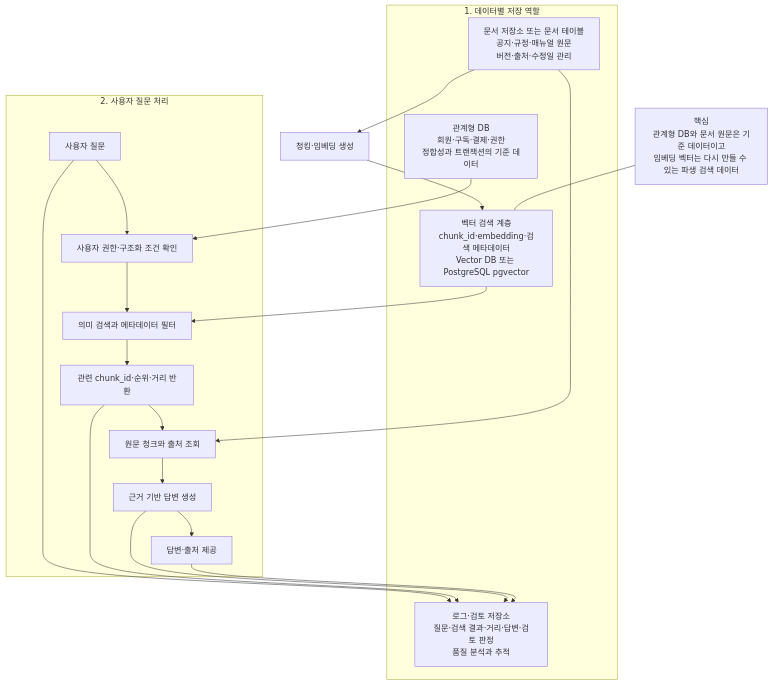
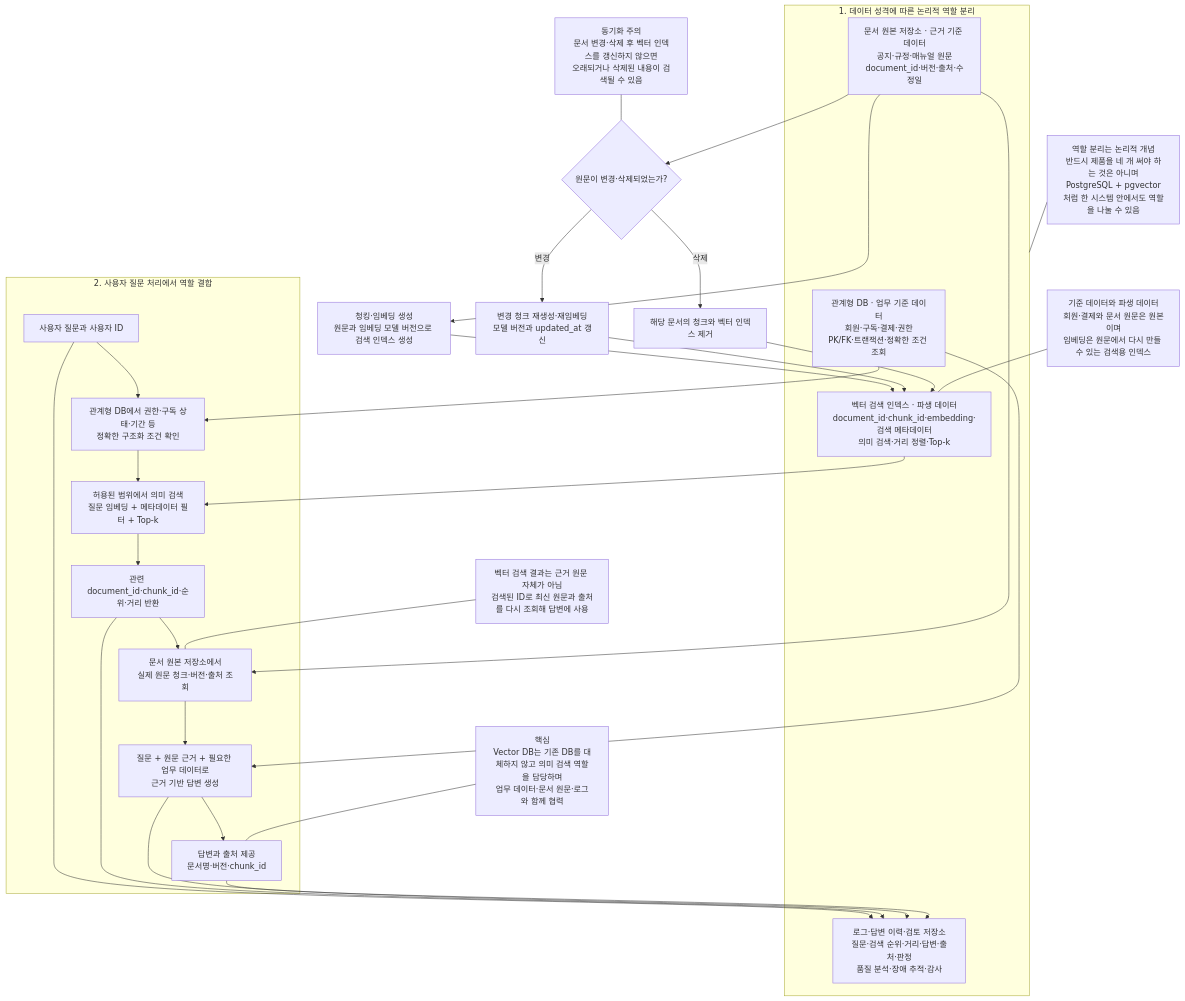
Before and after one commit to GilbertMoon/ai-database-book: the diagram in images/chapter14/ch14_08_db_role_separation.mmd, drawn with Mermaid.

Commit message:
docs(ch14): refine database role separation source

```diff
--- a/images/chapter14/ch14_08_db_role_separation.mmd
+++ b/images/chapter14/ch14_08_db_role_separation.mmd
@@ -1,29 +1,39 @@
 flowchart TB
-    subgraph ROLE[1. 데이터별 저장 역할]
-        R[관계형 DB<br/>회원·구독·결제·권한<br/>정합성과 트랜잭션의 기준 데이터]
-        O[문서 저장소 또는 문서 테이블<br/>공지·규정·매뉴얼 원문<br/>버전·출처·수정일 관리]
-        V[벡터 검색 계층<br/>chunk_id·embedding·검색 메타데이터<br/>Vector DB 또는 PostgreSQL pgvector]
-        L[로그·검토 저장소<br/>질문·검색 결과·거리·답변·검토 판정<br/>품질 분석과 추적]
+    subgraph ROLE[1. 데이터 성격에 따른 논리적 역할 분리]
+        R[관계형 DB · 업무 기준 데이터<br/>회원·구독·결제·권한<br/>PK/FK·트랜잭션·정확한 조건 조회]
+        O[문서 원본 저장소 · 근거 기준 데이터<br/>공지·규정·매뉴얼 원문<br/>document_id·버전·출처·수정일]
+        V[벡터 검색 인덱스 · 파생 데이터<br/>document_id·chunk_id·embedding·검색 메타데이터<br/>의미 검색·거리 정렬·Top-k]
+        L[로그·답변 이력·검토 저장소<br/>질문·검색 순위·거리·답변·출처·판정<br/>품질 분석·장애 추적·감사]
     end
 
-    O --> P[청킹·임베딩 생성]
+    O --> P[청킹·임베딩 생성<br/>원문과 임베딩 모델 버전으로 검색 인덱스 생성]
     P --> V
+    O --> U{원문이 변경·삭제되었는가?}
+    U -- 변경 --> U1[변경 청크 재생성·재임베딩<br/>모델 버전과 updated_at 갱신]
+    U -- 삭제 --> U2[해당 문서의 청크와 벡터 인덱스 제거]
+    U1 --> V
+    U2 --> V
 
-    subgraph QUERY[2. 사용자 질문 처리]
-        Q[사용자 질문] --> A[사용자 권한·구조화 조건 확인]
+    subgraph QUERY[2. 사용자 질문 처리에서 역할 결합]
+        Q[사용자 질문과 사용자 ID] --> A[관계형 DB에서 권한·구독 상태·기간 등<br/>정확한 구조화 조건 확인]
         R --> A
-        A --> S[의미 검색과 메타데이터 필터]
+        A --> S[허용된 범위에서 의미 검색<br/>질문 임베딩 + 메타데이터 필터 + Top-k]
         V --> S
-        S --> I[관련 chunk_id·순위·거리 반환]
-        I --> F[원문 청크와 출처 조회]
+        S --> I[관련 document_id·chunk_id·순위·거리 반환]
+        I --> F[문서 원본 저장소에서<br/>실제 원문 청크·버전·출처 조회]
         O --> F
-        F --> G[근거 기반 답변 생성]
-        G --> H[답변·출처 제공]
+        F --> G[질문 + 원문 근거 + 필요한 업무 데이터로<br/>근거 기반 답변 생성]
+        R --> G
+        G --> H[답변과 출처 제공<br/>문서명·버전·chunk_id]
     end
 
     Q --> L
     I --> L
     G --> L
     H --> L
 
-    N[핵심<br/>관계형 DB와 문서 원문은 기준 데이터이고<br/>임베딩 벡터는 다시 만들 수 있는 파생 검색 데이터] --- V
+    N1[기준 데이터와 파생 데이터<br/>회원·결제와 문서 원문은 원본이며<br/>임베딩은 원문에서 다시 만들 수 있는 검색용 인덱스] --- V
+    N2[역할 분리는 논리적 개념<br/>반드시 제품을 네 개 써야 하는 것은 아니며<br/>PostgreSQL + pgvector처럼 한 시스템 안에서도 역할을 나눌 수 있음] --- ROLE
+    N3[벡터 검색 결과는 근거 원문 자체가 아님<br/>검색된 ID로 최신 원문과 출처를 다시 조회해 답변에 사용] --- F
+    N4[동기화 주의<br/>문서 변경·삭제 후 벡터 인덱스를 갱신하지 않으면<br/>오래되거나 삭제된 내용이 검색될 수 있음] --- U
+    N5[핵심<br/>Vector DB는 기존 DB를 대체하지 않고 의미 검색 역할을 담당하며<br/>업무 데이터·문서 원문·로그와 함께 협력] --- H
```
